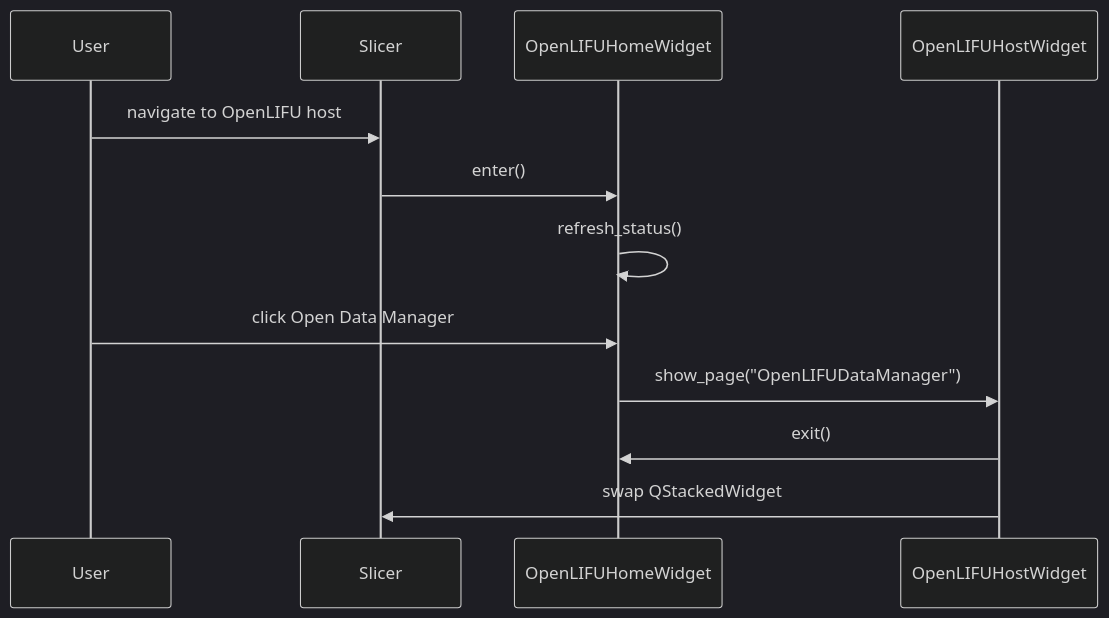
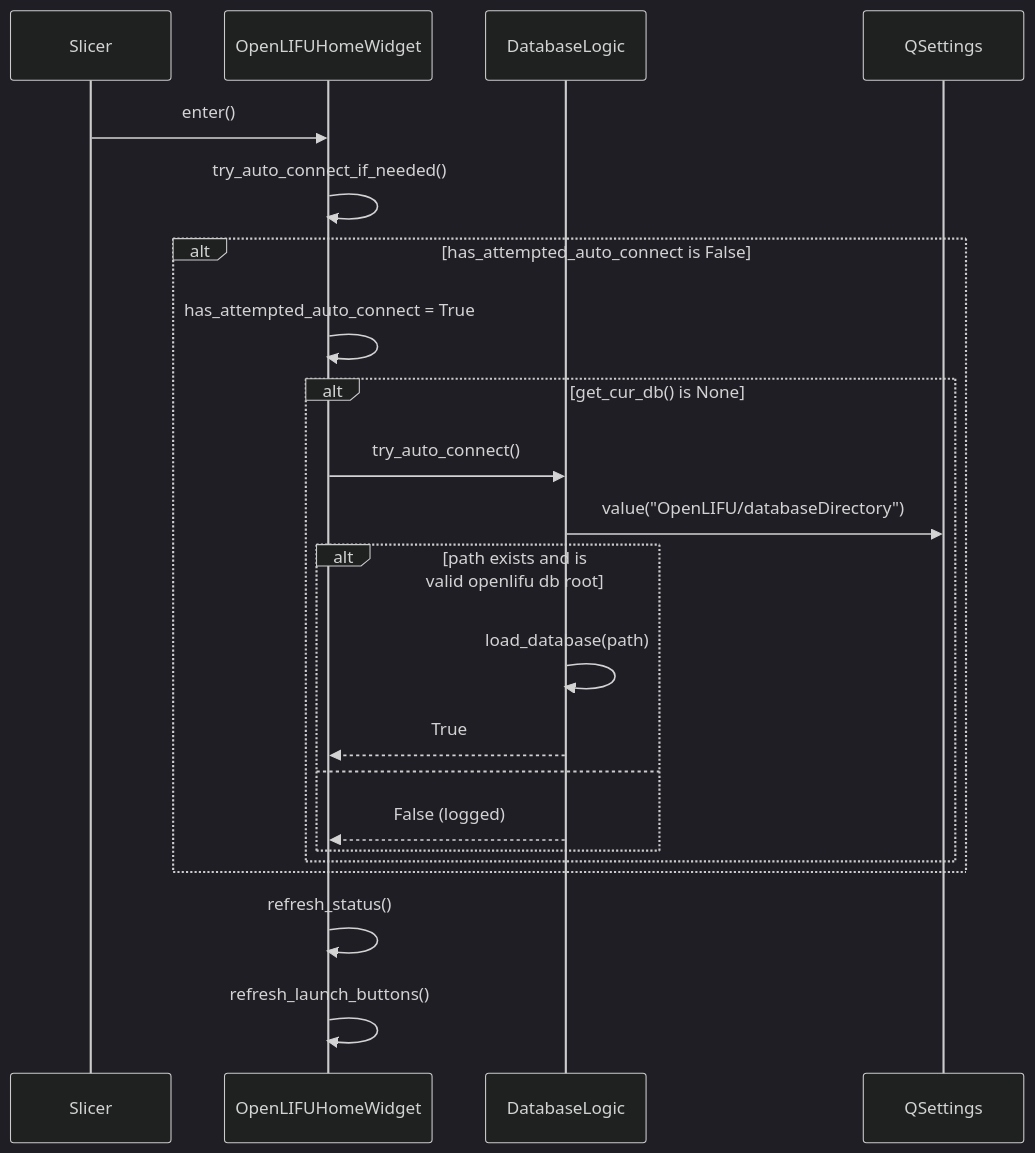
Before and after one commit to OpenwaterHealth/SlicerOpenLIFU: the second of 3 diagrams in docs/pages/home.md, drawn with Mermaid (dark theme). The commit also changed other lines of this file and 17 other files, not shown here.

First line of the commit message:
Home: auto-connect DB + launch buttons; extract session_actions (#635)

````diff
--- a/docs/pages/home.md
+++ b/docs/pages/home.md
@@ -78,15 +81,25 @@
 ```mermaid
 sequenceDiagram
-    participant User
     participant Slicer
     participant Home as OpenLIFUHomeWidget
-    participant Host as OpenLIFUHostWidget
+    participant DBLogic as DatabaseLogic
+    participant QSettings
 
-    User->>Slicer: navigate to OpenLIFU host
     Slicer->>Home: enter()
+    Home->>Home: try_auto_connect_if_needed()
+    alt has_attempted_auto_connect is False
+        Home->>Home: has_attempted_auto_connect = True
+        alt get_cur_db() is None
+            Home->>DBLogic: try_auto_connect()
+            DBLogic->>QSettings: value("OpenLIFU/databaseDirectory")
+            alt path exists and is valid openlifu db root
+                DBLogic->>DBLogic: load_database(path)
+                DBLogic-->>Home: True
+            else
+                DBLogic-->>Home: False (logged)
+            end
+        end
+    end
     Home->>Home: refresh_status()
-    User->>Home: click Open Data Manager
-    Home->>Host: show_page("OpenLIFUDataManager")
-    Host->>Home: exit()
-    Host->>Slicer: swap QStackedWidget
+    Home->>Home: refresh_launch_buttons()
 ```
````
